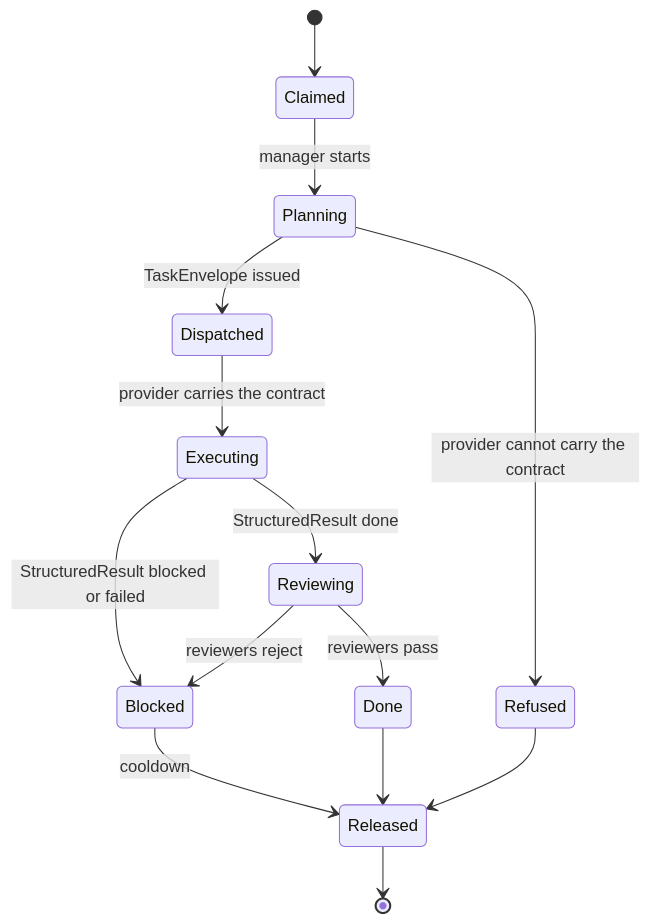
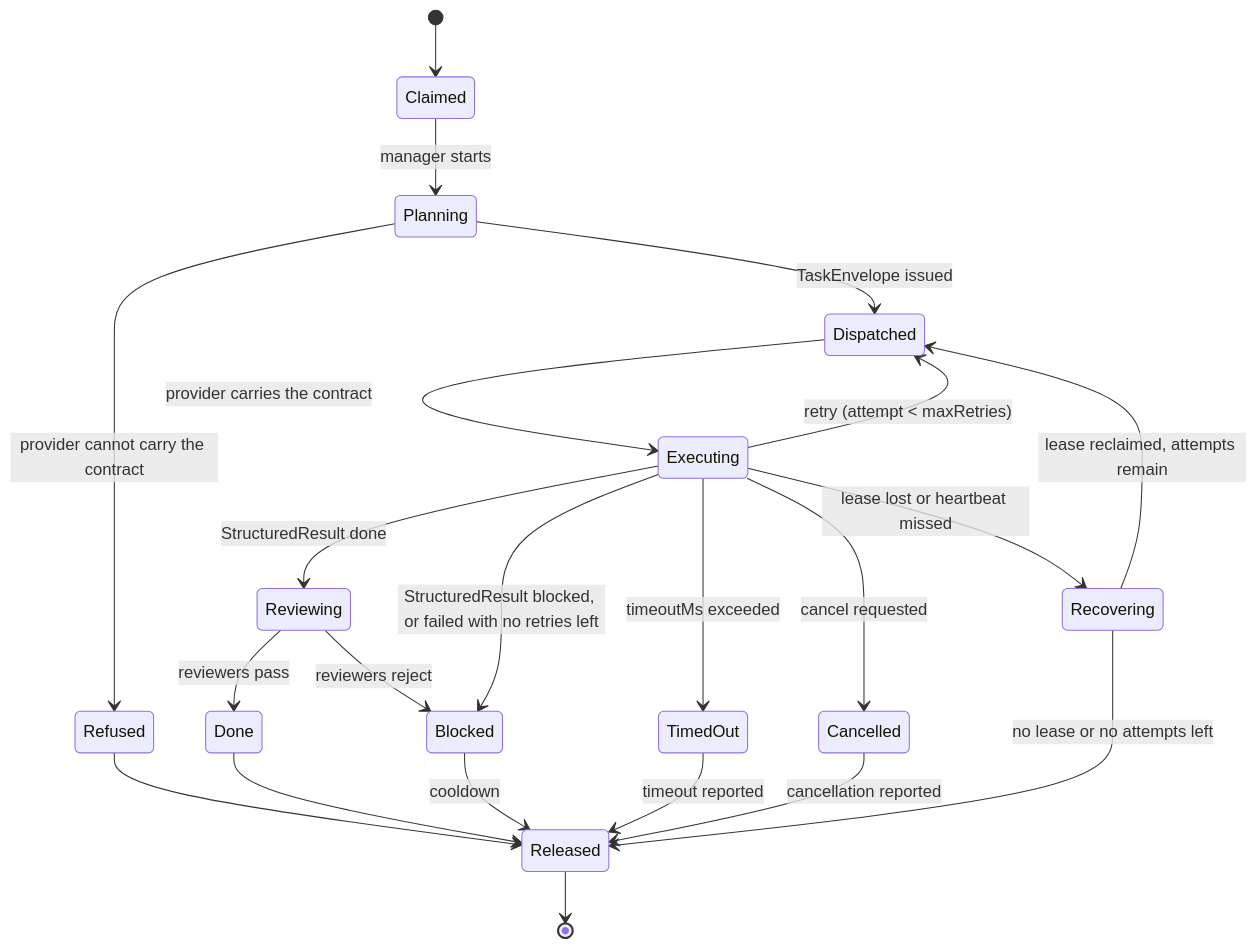
One commit to stSoftwareAU/VibeCoder changed the second of 3 diagrams in docs/MANAGER-WORKER-CONTRACT.md. Above: the diagram before and after it, drawn with Mermaid. The commit also changed other lines of this file and 6 other files, not shown here.

````diff
--- a/docs/MANAGER-WORKER-CONTRACT.md
+++ b/docs/MANAGER-WORKER-CONTRACT.md
@@ -198,16 +229,24 @@
 ```mermaid
 stateDiagram-v2
   [*] --> Claimed
   Claimed --> Planning: manager starts
   Planning --> Refused: provider cannot carry the contract
   Planning --> Dispatched: TaskEnvelope issued
   Dispatched --> Executing: provider carries the contract
   Executing --> Reviewing: StructuredResult done
-  Executing --> Blocked: StructuredResult blocked or failed
+  Executing --> Blocked: StructuredResult blocked, or failed with no retries left
+  Executing --> Dispatched : retry (attempt < maxRetries)
+  Executing --> TimedOut : timeoutMs exceeded
+  Executing --> Cancelled : cancel requested
+  Executing --> Recovering : lease lost or heartbeat missed
+  Recovering --> Dispatched : lease reclaimed, attempts remain
+  Recovering --> Released : no lease or no attempts left
   Reviewing --> Done: reviewers pass
   Reviewing --> Blocked: reviewers reject
+  TimedOut --> Released: timeout reported
+  Cancelled --> Released: cancellation reported
   Blocked --> Released: cooldown
   Done --> Released
   Refused --> Released
   Released --> [*]
 ```
````
